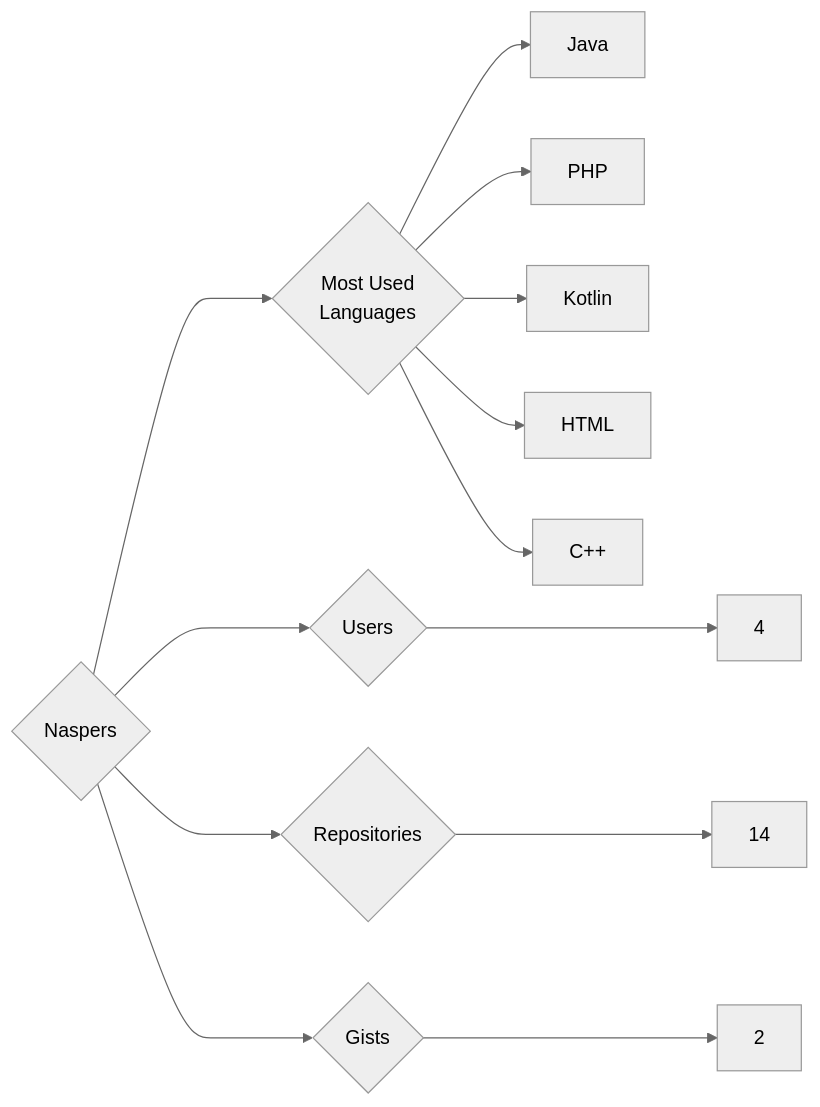
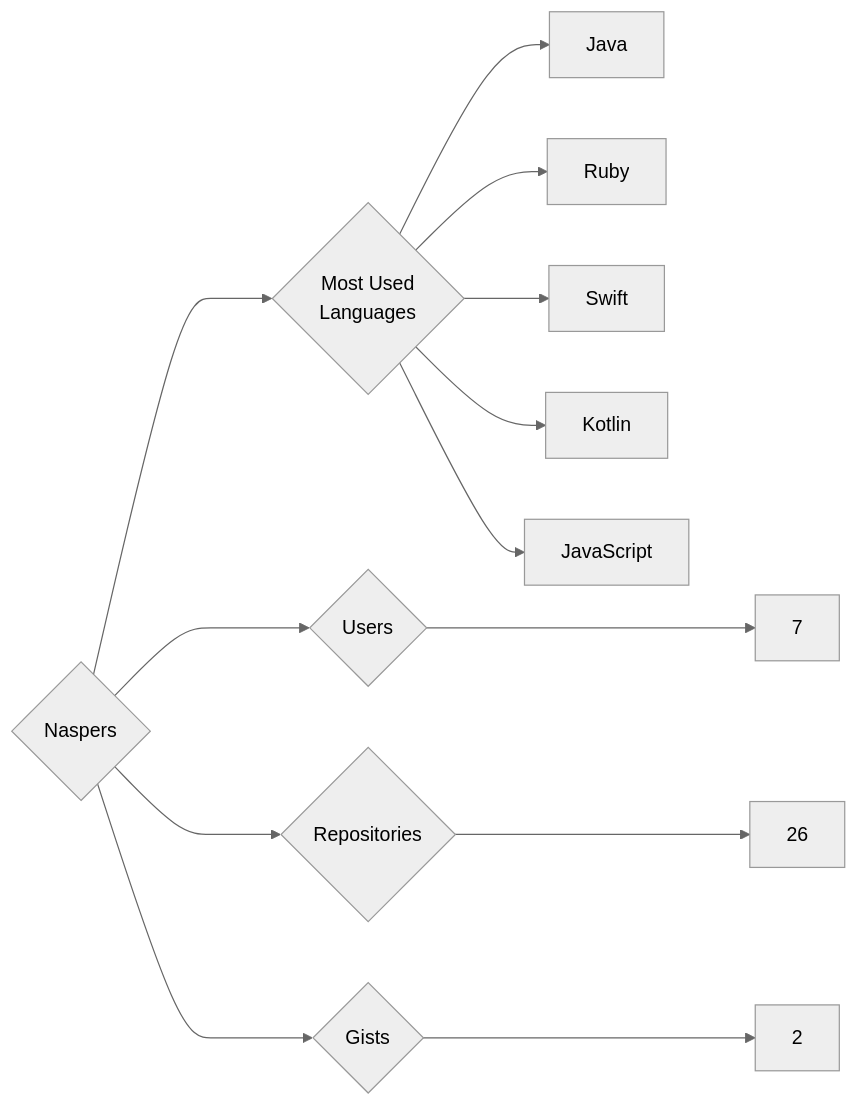
Before and after one commit to trickest/insiders: the diagram in targets/Naspers/README.md, drawn with Mermaid (neutral theme). The commit also changed 835 other files, not shown here.

````diff
--- a/targets/Naspers/README.md
+++ b/targets/Naspers/README.md
@@ -3,13 +3,13 @@
 ```mermaid
 graph LR
 COMPANY_NAME{Naspers}
-COMPANY_NAME ---> U{Users} ---> UN[4]
-COMPANY_NAME ---> R{Repositories} ---> RN[14]
+COMPANY_NAME ---> U{Users} ---> UN[7]
+COMPANY_NAME ---> R{Repositories} ---> RN[26]
 COMPANY_NAME ---> G{Gists} ---> GN[2]
 COMPANY_NAME ---> ML{Most Used<br>Languages}
 ML --> Java[Java]
-ML --> PHP[PHP]
+ML --> Ruby[Ruby]
+ML --> Swift[Swift]
 ML --> Kotlin[Kotlin]
-ML --> HTML[HTML]
-ML --> C++[C++]
+ML --> JavaScript[JavaScript]
 ```
````
